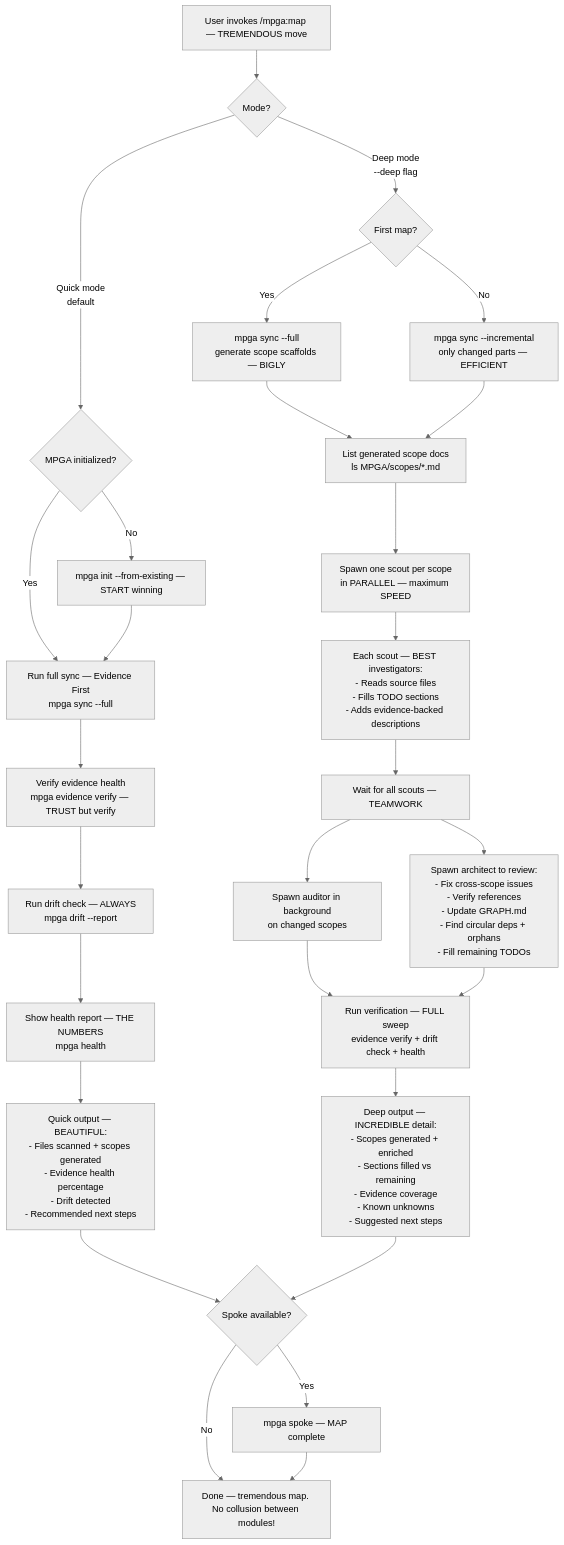
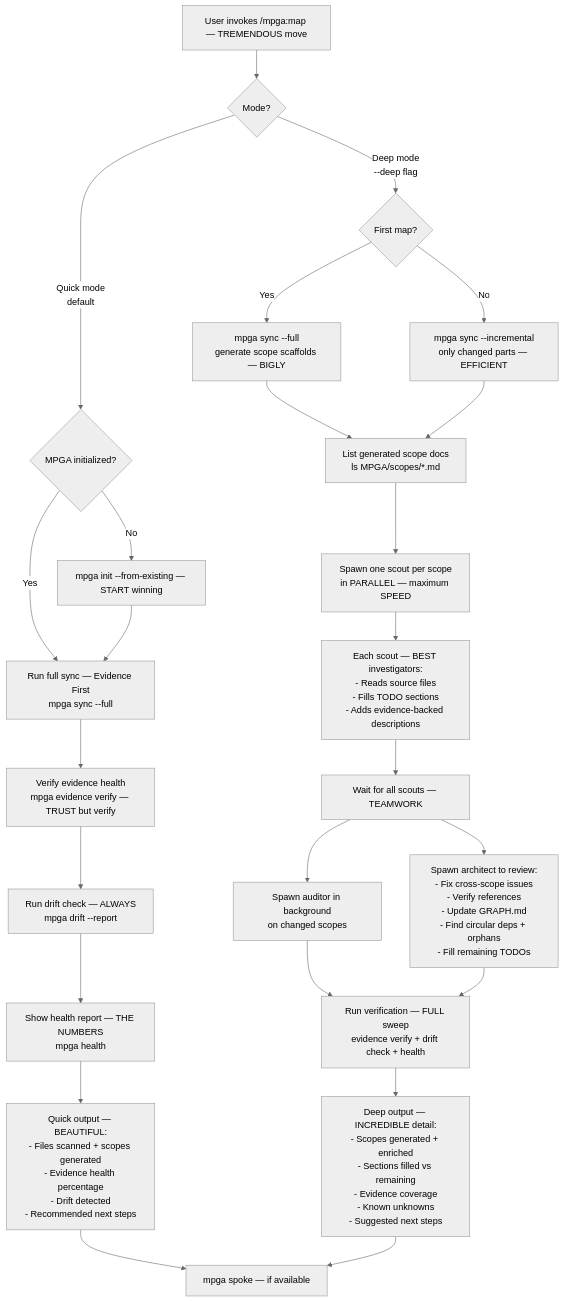
The diagram in docs/diagrams/skills/map-codebase.md (benrben/MPGA), drawn with Mermaid (neutral theme) before and after one commit. The commit also changed 73 other files, not shown here.

First line of the commit message:
refactor: standardize mpga spoke references across agents and skills

````diff
--- a/docs/diagrams/skills/map-codebase.md
+++ b/docs/diagrams/skills/map-codebase.md
@@ -5,33 +5,30 @@
 ```mermaid
 flowchart TD
     A[User invokes /mpga:map — TREMENDOUS move] --> B{Mode?}
 
     B -->|Quick mode\ndefault| C{MPGA initialized?}
     C -->|No| D[mpga init --from-existing — START winning]
     C -->|Yes| E[Run full sync — Evidence First\nmpga sync --full]
     D --> E
     E --> F[Verify evidence health\nmpga evidence verify — TRUST but verify]
     F --> G[Run drift check — ALWAYS\nmpga drift --report]
     G --> H[Show health report — THE NUMBERS\nmpga health]
     H --> I["Quick output — BEAUTIFUL:\n- Files scanned + scopes generated\n- Evidence health percentage\n- Drift detected\n- Recommended next steps"]
 
     B -->|Deep mode\n--deep flag| J{First map?}
     J -->|Yes| K[mpga sync --full\ngenerate scope scaffolds — BIGLY]
     J -->|No| L[mpga sync --incremental\nonly changed parts — EFFICIENT]
     K --> M[List generated scope docs\nls MPGA/scopes/*.md]
     L --> M
     M --> N["Spawn one scout per scope\nin PARALLEL — maximum SPEED"]
     N --> O["Each scout — BEST investigators:\n- Reads source files\n- Fills TODO sections\n- Adds evidence-backed descriptions"]
     O --> P[Wait for all scouts — TEAMWORK]
     P --> Q["Spawn auditor in background\non changed scopes"]
     P --> R["Spawn architect to review:\n- Fix cross-scope issues\n- Verify references\n- Update GRAPH.md\n- Find circular deps + orphans\n- Fill remaining TODOs"]
     Q --> S[Run verification — FULL sweep\nevidence verify + drift check + health]
     R --> S
     S --> T["Deep output — INCREDIBLE detail:\n- Scopes generated + enriched\n- Sections filled vs remaining\n- Evidence coverage\n- Known unknowns\n- Suggested next steps"]
 
-    I --> U{Spoke available?}
+    I --> U[mpga spoke — if available]
     T --> U
-    U -->|Yes| V[mpga spoke — MAP complete]
-    U -->|No| W[Done — tremendous map. No collusion between modules!]
-    V --> W
 ```
````
